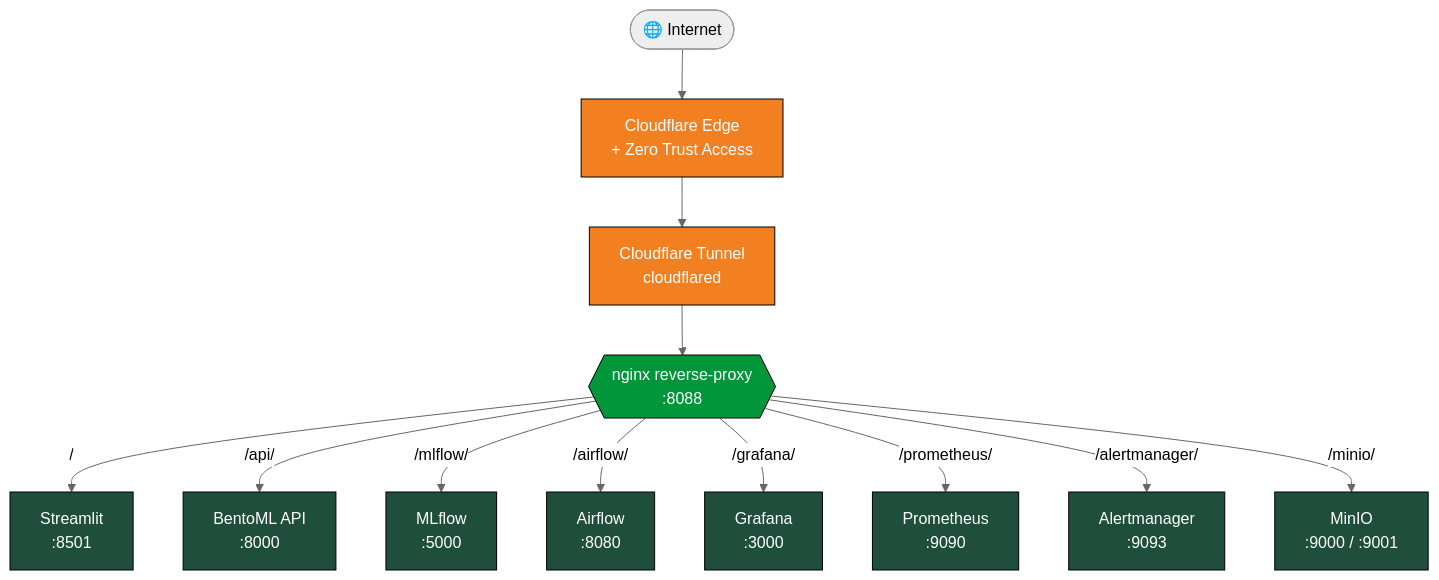
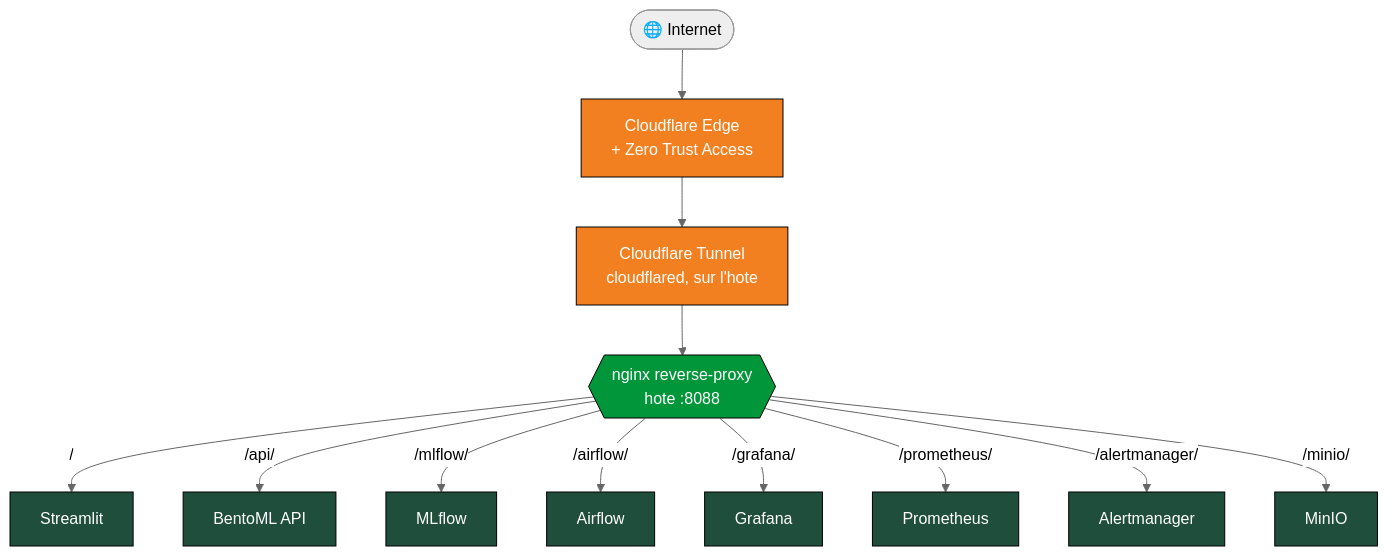
Before and after one commit to DominiqueGEORGES/Champy_Classifier: the diagram in README.md, drawn with Mermaid (neutral theme). The commit also changed other lines of this file and 10 other files, not shown here.

````diff
--- a/README.md
+++ b/README.md
@@ -52,35 +79,35 @@
 ```mermaid
 flowchart TD
     Internet([🌐 Internet])
     CF[Cloudflare Edge<br/>+ Zero Trust Access]
-    Tunnel[Cloudflare Tunnel<br/>cloudflared]
-    NGINX{{nginx reverse-proxy<br/>:8088}}
+    Tunnel[Cloudflare Tunnel<br/>cloudflared, sur l'hote]
+    NGINX{{nginx reverse-proxy<br/>hote :8088}}
 
-    Streamlit[Streamlit<br/>:8501]
-    API[BentoML API<br/>:8000]
-    MLflow[MLflow<br/>:5000]
-    Airflow[Airflow<br/>:8080]
-    Grafana[Grafana<br/>:3000]
-    Prometheus[Prometheus<br/>:9090]
-    Alertmanager[Alertmanager<br/>:9093]
-    MinIO[MinIO<br/>:9000 / :9001]
+    Streamlit[Streamlit]
+    API[BentoML API]
+    MLflow[MLflow]
+    Airflow[Airflow]
+    Grafana[Grafana]
+    Prometheus[Prometheus]
+    Alertmanager[Alertmanager]
+    MinIO[MinIO]
 
     Internet --> CF
     CF --> Tunnel
     Tunnel --> NGINX
     NGINX -->|/| Streamlit
     NGINX -->|/api/| API
     NGINX -->|/mlflow/| MLflow
     NGINX -->|/airflow/| Airflow
     NGINX -->|/grafana/| Grafana
     NGINX -->|/prometheus/| Prometheus
     NGINX -->|/alertmanager/| Alertmanager
     NGINX -->|/minio/| MinIO
 
     classDef edge fill:#F38020,stroke:#000,color:#fff
     classDef proxy fill:#009639,stroke:#000,color:#fff
     classDef service fill:#1F4E3D,stroke:#000,color:#fff
     class CF,Tunnel edge
     class NGINX proxy
     class Streamlit,API,MLflow,Airflow,Grafana,Prometheus,Alertmanager,MinIO service
 ```
````
